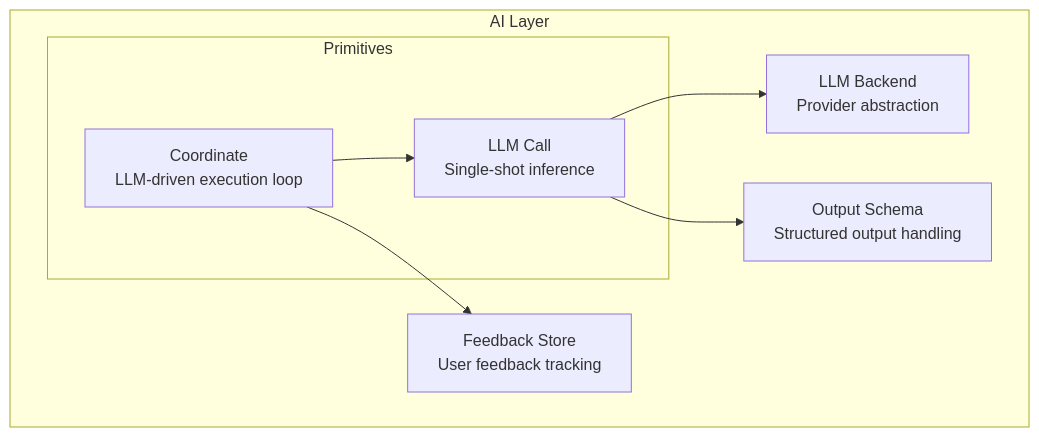
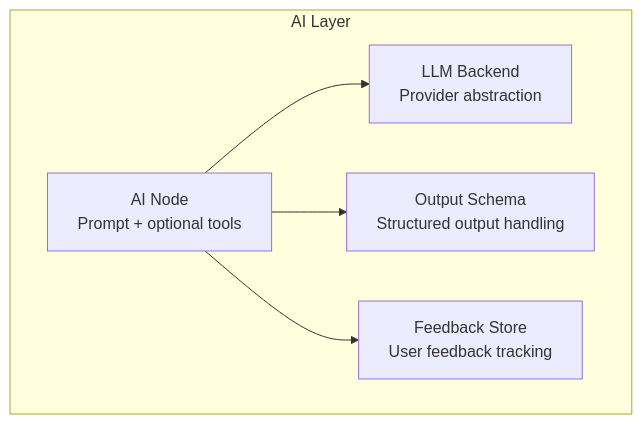
One commit to Technosorcery/silver-telegram changed the sixth of 7 diagrams in docs/architecture/ARCHITECTURE.md. Above: the diagram before and after it, drawn with Mermaid. The commit also changed other lines of this file and 1 other file, not shown here.

````diff
--- a/docs/architecture/ARCHITECTURE.md
+++ b/docs/architecture/ARCHITECTURE.md
@@ -277,20 +277,16 @@
 ```mermaid
 flowchart TB
     subgraph AI Layer
-        subgraph Primitives
-            CALL[LLM Call<br/>Single-shot inference]
-            COORD[Coordinate<br/>LLM-driven execution loop]
-        end
+        AI[AI Node<br/>Prompt + optional tools]
 
         LLM[LLM Backend<br/>Provider abstraction]
 
         SCHEMA[Output Schema<br/>Structured output handling]
 
         FB[Feedback Store<br/>User feedback tracking]
     end
 
-    CALL --> LLM
-    CALL --> SCHEMA
-    COORD --> CALL
-    COORD --> FB
+    AI --> LLM
+    AI --> SCHEMA
+    AI --> FB
 ```
````
